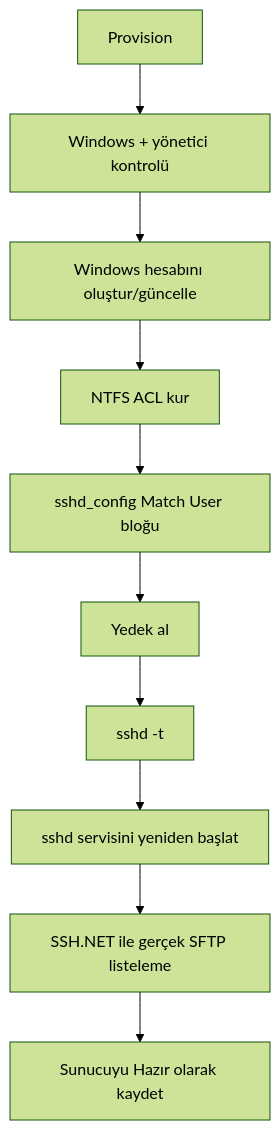
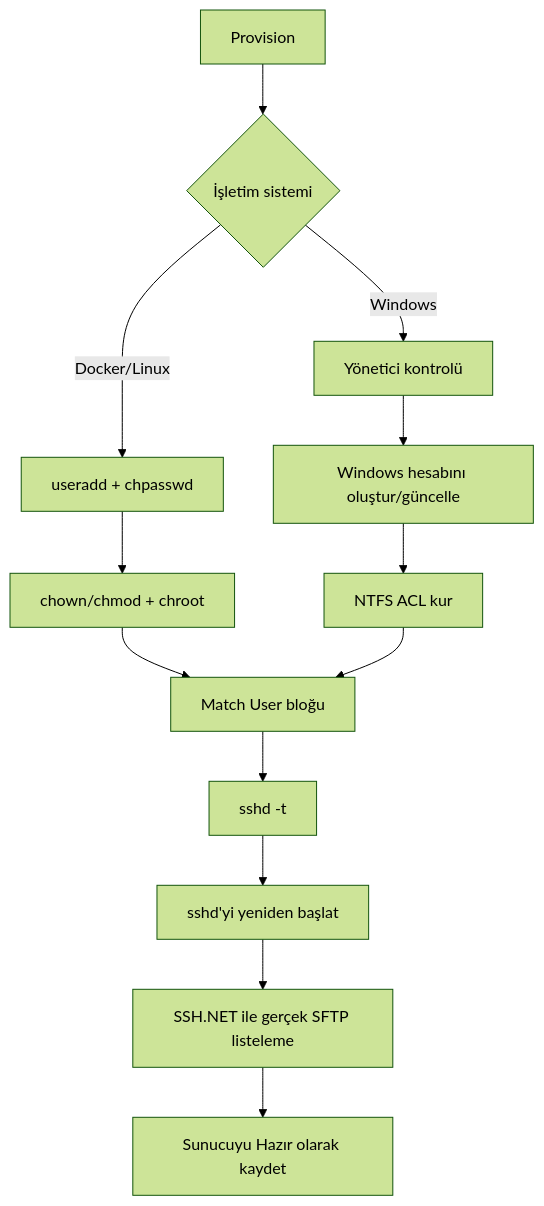
Before and after one commit to ottamina/FTP_Dosya_Yonetimi: the sixth of 8 diagrams in docs/02_KOD_VE_SERVIS_REHBERI.md, drawn with Mermaid (forest theme). The commit also changed other lines of this file and 9 other files, not shown here.

````diff
--- a/docs/02_KOD_VE_SERVIS_REHBERI.md
+++ b/docs/02_KOD_VE_SERVIS_REHBERI.md
@@ -210,12 +216,15 @@
 ```mermaid
 flowchart TD
-    Start["Provision"] --> Admin["Windows + yönetici kontrolü"]
-    Admin --> User["Windows hesabını oluştur/güncelle"]
-    User --> ACL["NTFS ACL kur"]
-    ACL --> Config["sshd_config Match User bloğu"]
-    Config --> Backup["Yedek al"]
-    Backup --> Test["sshd -t"]
-    Test --> Restart["sshd servisini yeniden başlat"]
+    Start["Provision"] --> OS{"İşletim sistemi"}
+    OS -->|"Docker/Linux"| LinuxUser["useradd + chpasswd"]
+    LinuxUser --> LinuxPerm["chown/chmod + chroot"]
+    OS -->|"Windows"| Admin["Yönetici kontrolü"]
+    Admin --> WinUser["Windows hesabını oluştur/güncelle"]
+    WinUser --> ACL["NTFS ACL kur"]
+    LinuxPerm --> Config["Match User bloğu"]
+    ACL --> Config
+    Config --> Test["sshd -t"]
+    Test --> Restart["sshd'yi yeniden başlat"]
     Restart --> E2E["SSH.NET ile gerçek SFTP listeleme"]
     E2E --> Ready["Sunucuyu Hazır olarak kaydet"]
 ```
````
